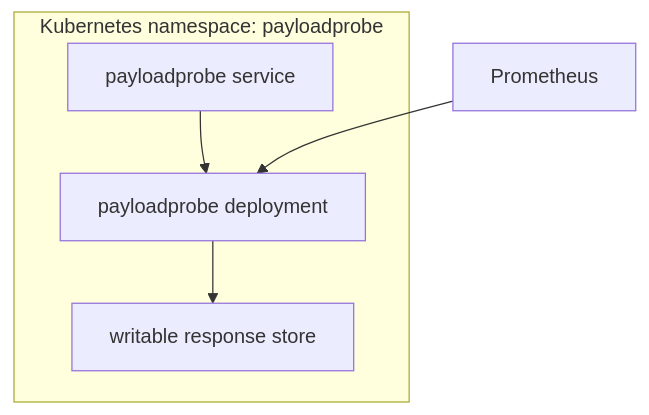
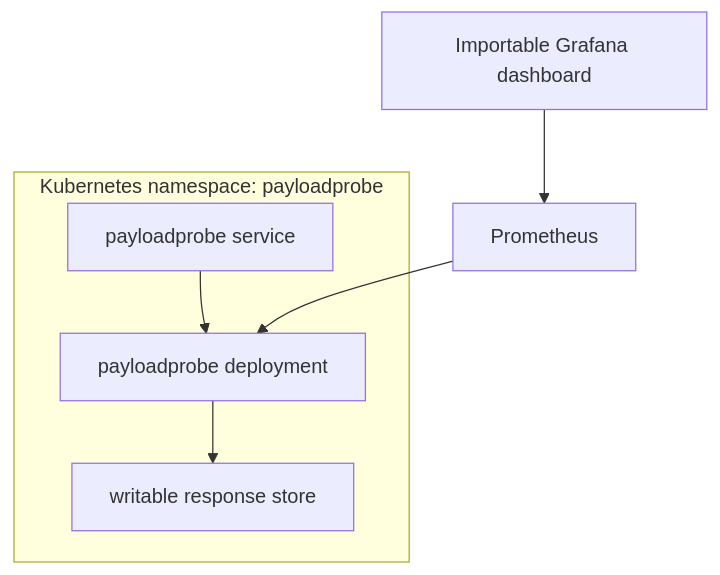
One commit to J4vedskh/payloadprobe-lab changed the third of 3 diagrams in docs/architecture.md. Above: the diagram before and after it, drawn with Mermaid. The commit also changed other lines of this file and 7 other files, not shown here.

Commit message:
Add PayloadProbe Grafana dashboard starter (#6)

````diff
--- a/docs/architecture.md
+++ b/docs/architecture.md
@@ -47,12 +47,13 @@
 ```mermaid
 flowchart TB
     subgraph Cluster["Kubernetes namespace: payloadprobe"]
         Service["payloadprobe service"]
         Pod["payloadprobe deployment"]
         Volume["writable response store"]
     end
 
     Service --> Pod
     Pod --> Volume
     Prometheus["Prometheus"] --> Pod
+    Grafana["Importable Grafana dashboard"] --> Prometheus
 ```
````
